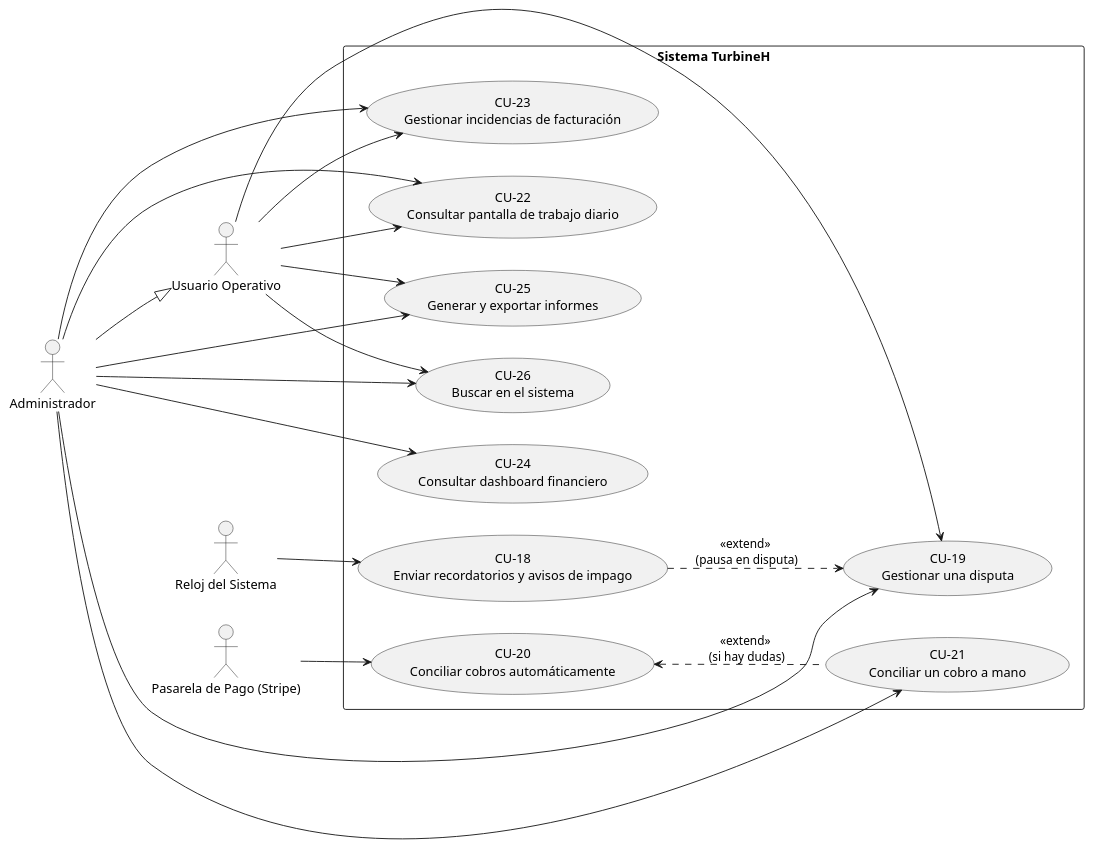
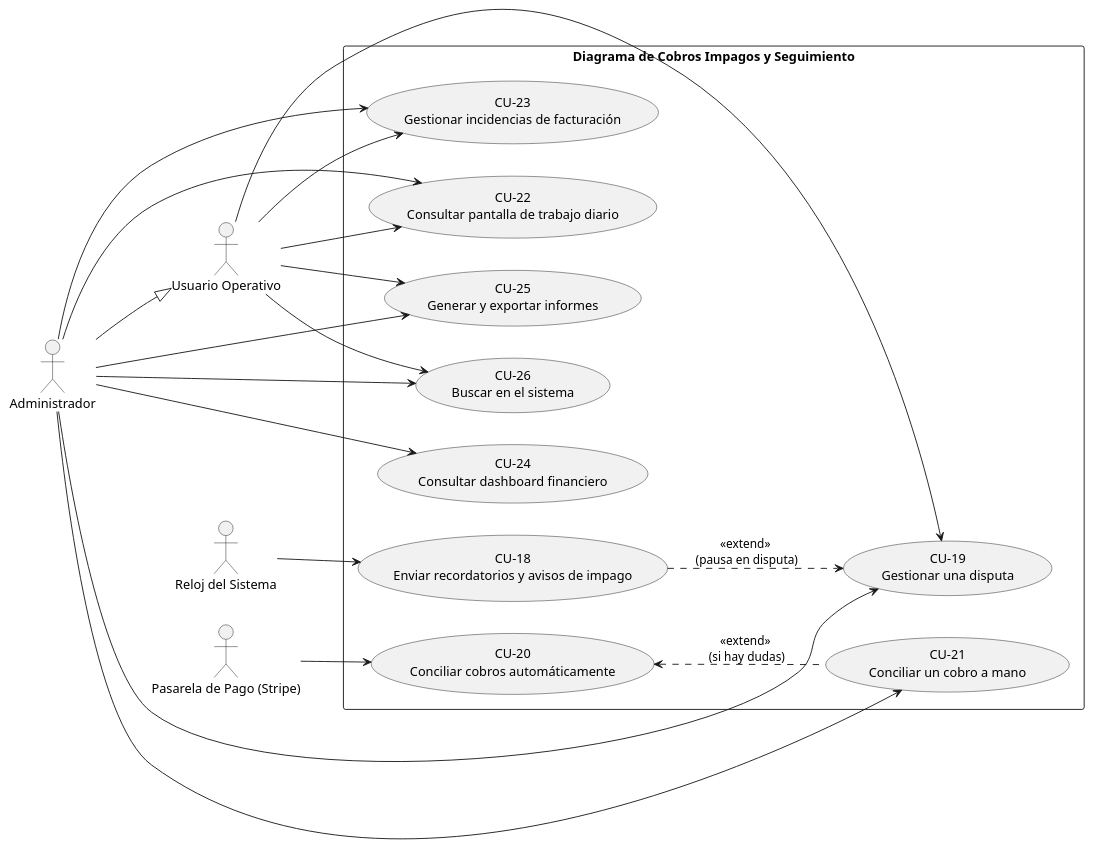
Before and after one commit to Vertossse/Elefantes: the diagram in doc/src/Diagrama Cobros Impagos Seguimiento.puml, drawn with PlantUML. The commit also changed 8 other files, not shown here.

Commit message:
Diagrams update

```diff
--- a/doc/src/Diagrama Cobros Impagos Seguimiento.puml
+++ b/doc/src/Diagrama Cobros Impagos Seguimiento.puml
@@ -1,47 +1,47 @@
-@startuml Diagrama de cobros impagos y seguimiento
+@startuml Diagrama de Cobros Impagos y Seguimiento
 left to right direction
 
 ' Actores
 actor "Usuario Operativo"           as UO
 actor "Administrador"               as AD
 actor "Reloj del Sistema"           as Reloj
 actor "Pasarela de Pago (Stripe)"   as Stripe
 
 ' Relaciones de herencia entre actores
 AD --|> UO
 
-rectangle "Sistema TurbineH" {
+rectangle "Diagrama de Cobros Impagos y Seguimiento" {
     usecase "CU-18\nEnviar recordatorios y avisos de impago"    as CU18
     usecase "CU-19\nGestionar una disputa"                      as CU19
     usecase "CU-20\nConciliar cobros automáticamente"           as CU20
     usecase "CU-21\nConciliar un cobro a mano"                  as CU21
     usecase "CU-22\nConsultar pantalla de trabajo diario"       as CU22
     usecase "CU-23\nGestionar incidencias de facturación"       as CU23
     usecase "CU-24\nConsultar dashboard financiero"             as CU24
     usecase "CU-25\nGenerar y exportar informes"                as CU25
     usecase "CU-26\nBuscar en el sistema"                       as CU26
 }
 
 ' Relaciones de los actores con los casos de uso
 UO --> CU19
 UO --> CU22
 UO --> CU23
 UO --> CU25
 UO --> CU26
 
 AD --> CU19
 AD --> CU21
 AD --> CU22
 AD --> CU23
 AD --> CU24
 AD --> CU25
 AD --> CU26
 
 Reloj --> CU18
 Stripe --> CU20
 
 ' Relaciones entre los casos de uso
 CU20 <.. CU21 : <<extend>> \n(si hay dudas)
 CU18 ..> CU19 : <<extend>> \n(pausa en disputa)
 
 @enduml
```
